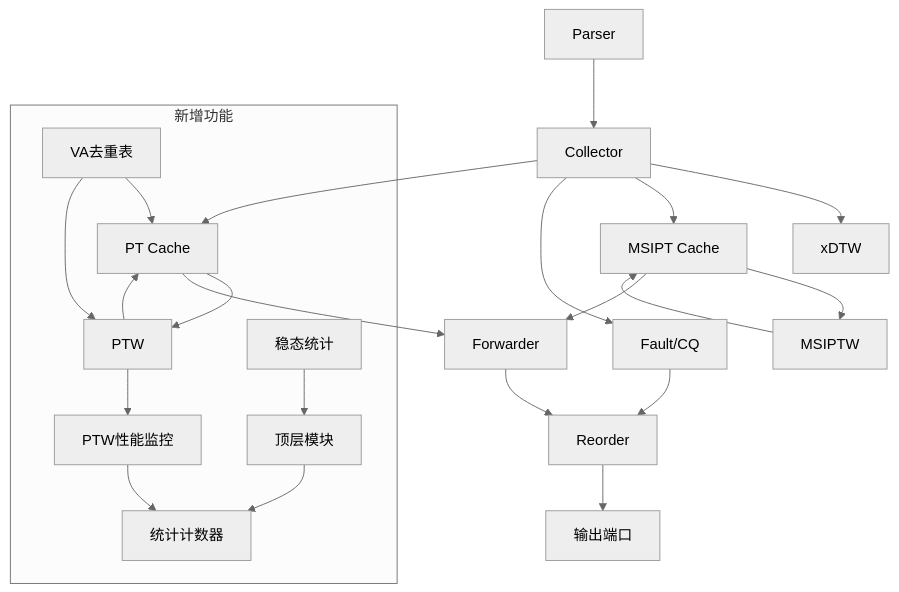
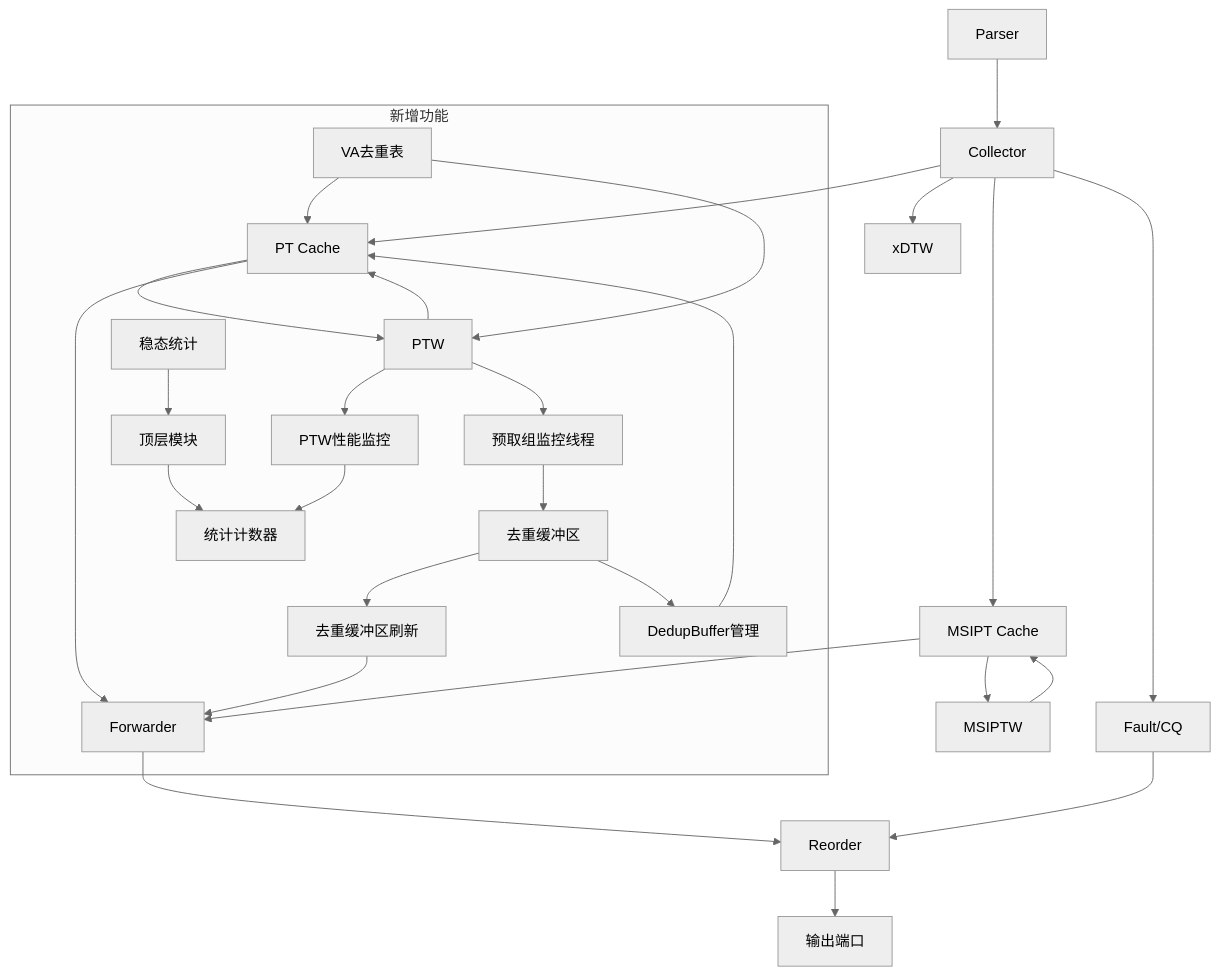
One commit to jiangjiang1122/iommu_model_20260401_v1 changed diagram 15 of 16 in .qoder/repowiki/zh/content/性能模型实现/性能模型实现.md. Above: the diagram before and after it, drawn with Mermaid (neutral theme). The commit also changed other lines of this file and 12 other files, not shown here.

````diff
--- a/.qoder/repowiki/zh/content/性能模型实现/性能模型实现.md
+++ b/.qoder/repowiki/zh/content/性能模型实现/性能模型实现.md
@@ -511,25 +614,31 @@
 ```mermaid
 graph TB
 P["Parser"] --> C["Collector"]
 C --> X["xDTW"]
 C --> PT["PT Cache"]
 PT --> PW["PTW"]
 PW --> PT
 C --> MSI["MSIPT Cache"]
 MSI --> MSIW["MSIPTW"]
 MSIW --> MSI
 PT --> F["Forwarder"]
 MSI --> F
 F --> R["Reorder"]
 C --> FA["Fault/CQ"]
 FA --> R
 R --> OUT["输出端口"]
 subgraph "新增功能"
 VD["VA去重表"] --> PT
 VD --> PW
 SS["稳态统计"] --> TOP["顶层模块"]
 TOP --> ST["统计计数器"]
 PW --> STATS["PTW性能监控"]
 STATS --> ST
+PW --> MON["预取组监控线程"]
+MON --> DEDUP["去重缓冲区"]
+DEDUP --> FLUSH["去重缓冲区刷新"]
+FLUSH --> F
+DEDUP --> BUF["DedupBuffer管理"]
+BUF --> PT
 end
 ```
````
